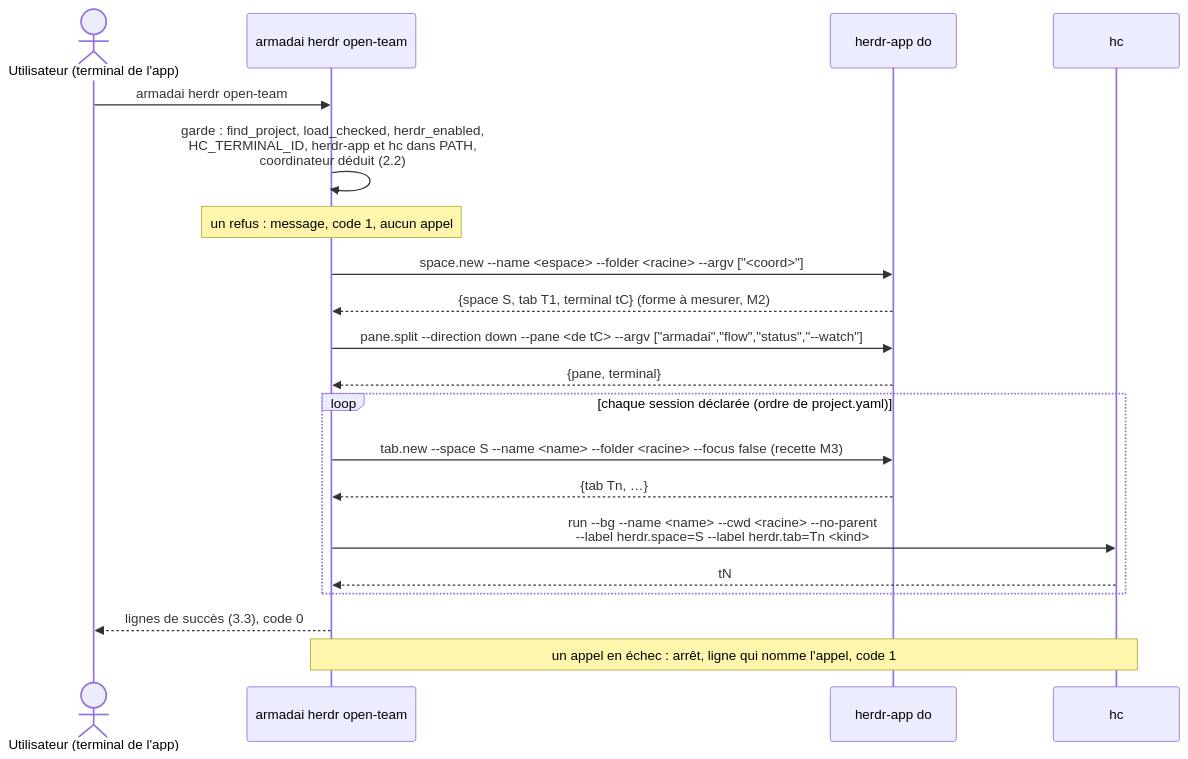
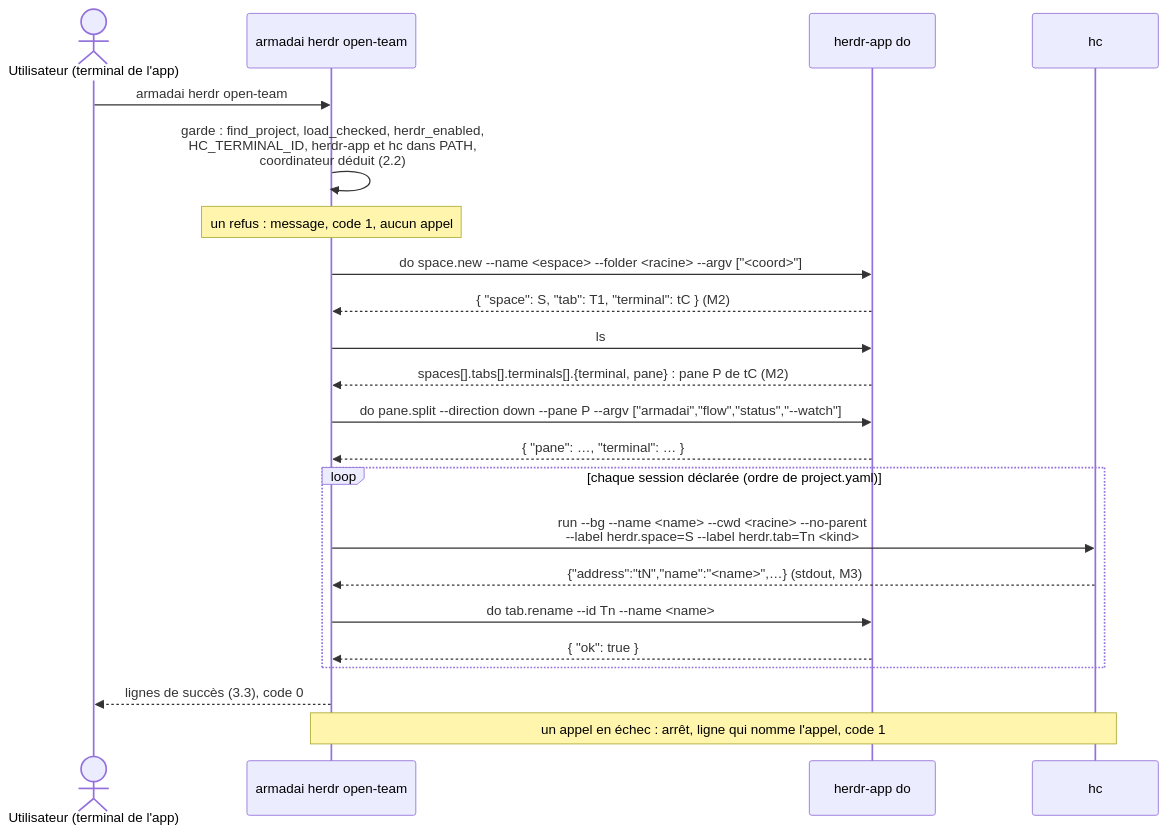
Before and after one commit to Dr0drigues/armadai: the third of 3 diagrams in docs/superpowers/plans/2026-11-19-lot-herdr.md, drawn with Mermaid. The commit also changed other lines of this file, not shown here.

````diff
--- a/docs/superpowers/plans/2026-11-19-lot-herdr.md
+++ b/docs/superpowers/plans/2026-11-19-lot-herdr.md
@@ -136,22 +136,24 @@
 ```mermaid
 sequenceDiagram
   actor U as Utilisateur (terminal de l'app)
   participant A as armadai herdr open-team
   participant HA as herdr-app do
   participant HC as hc
   U->>A: armadai herdr open-team
   A->>A: garde : find_project, load_checked, herdr_enabled,<br/>HC_TERMINAL_ID, herdr-app et hc dans PATH,<br/>coordinateur déduit (2.2)
   Note over A: un refus : message, code 1, aucun appel
-  A->>HA: space.new --name <espace> --folder <racine> --argv ["<coord>"]
-  HA-->>A: {space S, tab T1, terminal tC} (forme à mesurer, M2)
-  A->>HA: pane.split --direction down --pane <de tC> --argv ["armadai","flow","status","--watch"]
-  HA-->>A: {pane, terminal}
+  A->>HA: do space.new --name <espace> --folder <racine> --argv ["<coord>"]
+  HA-->>A: { "space": S, "tab": T1, "terminal": tC } (M2)
+  A->>HA: ls
+  HA-->>A: spaces[].tabs[].terminals[].{terminal, pane} : pane P de tC (M2)
+  A->>HA: do pane.split --direction down --pane P --argv ["armadai","flow","status","--watch"]
+  HA-->>A: { "pane": …, "terminal": … }
   loop chaque session déclarée (ordre de project.yaml)
-    A->>HA: tab.new --space S --name <name> --folder <racine> --focus false (recette M3)
-    HA-->>A: {tab Tn, …}
     A->>HC: run --bg --name <name> --cwd <racine> --no-parent<br/>--label herdr.space=S --label herdr.tab=Tn <kind>
-    HC-->>A: tN
+    HC-->>A: {"address":"tN","name":"<name>",…} (stdout, M3)
+    A->>HA: do tab.rename --id Tn --name <name>
+    HA-->>A: { "ok": true }
   end
   A-->>U: lignes de succès (3.3), code 0
   Note over A,HC: un appel en échec : arrêt, ligne qui nomme l'appel, code 1
 ```
````
